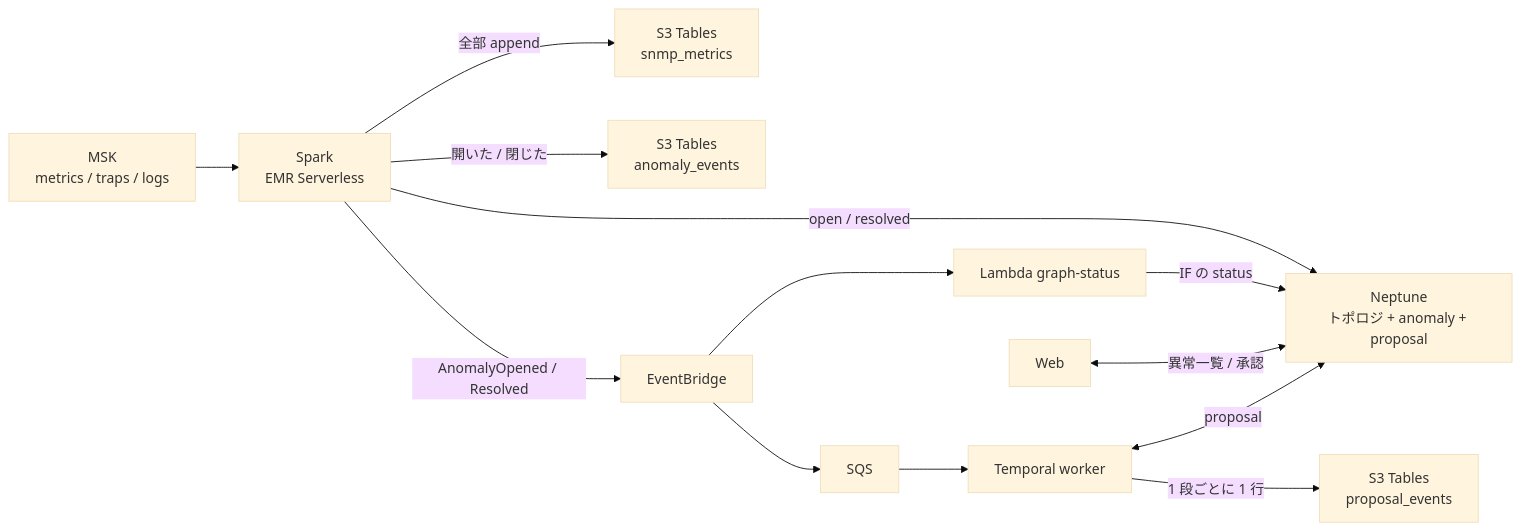
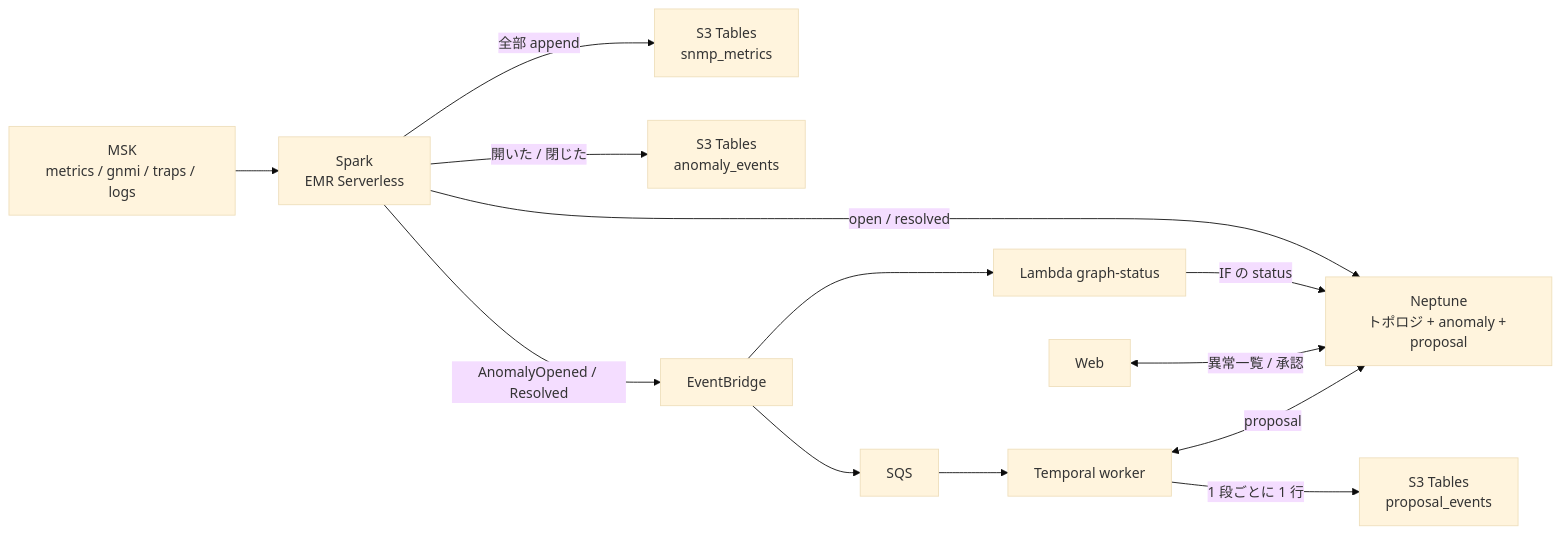
One commit to eddie-eights/cf-netops-sandbox changed the first of 2 diagrams in docs/data-stores.md. Above: the diagram before and after it, drawn with Mermaid (base theme). The commit also changed other lines of this file and 73 other files, not shown here.

````diff
--- a/docs/data-stores.md
+++ b/docs/data-stores.md
@@ -25,13 +25,13 @@
 ```mermaid
 flowchart LR
-  MSK["MSK<br/>metrics / traps / logs"] --> SPARK["Spark<br/>EMR Serverless"]
+  MSK["MSK<br/>metrics / gnmi / traps / logs"] --> SPARK["Spark<br/>EMR Serverless"]
   SPARK -->|"全部 append"| ICE["S3 Tables<br/>snmp_metrics"]
   SPARK -->|"開いた / 閉じた"| AEV["S3 Tables<br/>anomaly_events"]
   SPARK -->|"open / resolved"| NEP["Neptune<br/>トポロジ + anomaly + proposal"]
   SPARK -->|"AnomalyOpened / Resolved"| EB["EventBridge"]
   EB --> GL["Lambda graph-status"] -->|"IF の status"| NEP
   EB --> SQS["SQS"] --> WK["Temporal worker"]
   WK <-->|"proposal"| NEP
   WK -->|"1 段ごとに 1 行"| PEV["S3 Tables<br/>proposal_events"]
   WEB["Web"] <-->|"異常一覧 / 承認"| NEP
 ```
````
